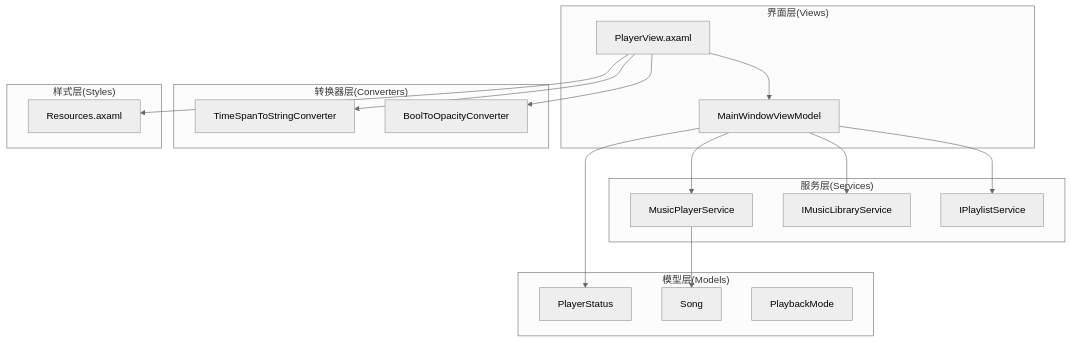
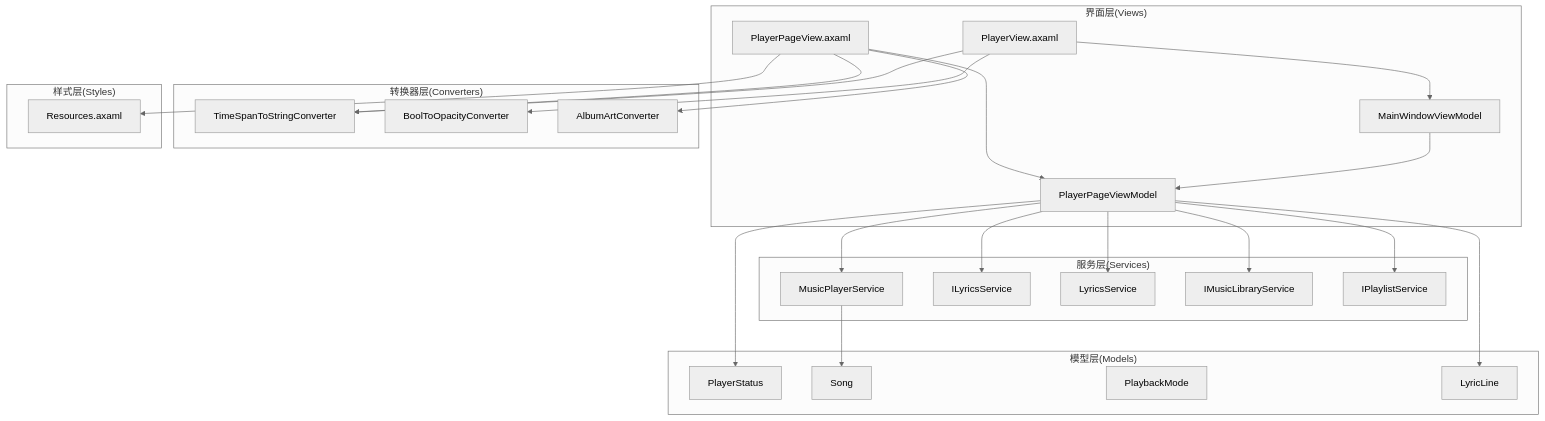
The first of 10 diagrams in .qoder/repowiki/zh/content/用户界面层/播放器界面.md (mariamjensen42-glitch/LocalMusicPlayer), drawn with Mermaid (neutral theme) before and after one commit. The commit also changed other lines of this file and 23 other files, not shown here.

````diff
--- a/.qoder/repowiki/zh/content/用户界面层/播放器界面.md
+++ b/.qoder/repowiki/zh/content/用户界面层/播放器界面.md
@@ -46,33 +65,46 @@
 ```mermaid
 graph TB
 subgraph "界面层(Views)"
 PV[PlayerView.axaml]
-MVVM[MainWindowViewModel]
+PPV[PlayerPageView.axaml]
+MWV[MainWindowViewModel]
+PPVM[PlayerPageViewModel]
 end
 subgraph "服务层(Services)"
 MPS[MusicPlayerService]
+ILS[ILyricsService]
+LS[LyricsService]
 IMLS[IMusicLibraryService]
 IPlaylistService[IPlaylistService]
 end
 subgraph "模型层(Models)"
 PS[PlayerStatus]
 S[Song]
 PM[PlaybackMode]
+LL[LyricLine]
 end
 subgraph "转换器层(Converters)"
 TSC[TimeSpanToStringConverter]
 BOC[BoolToOpacityConverter]
+AAC[AlbumArtConverter]
 end
 subgraph "样式层(Styles)"
 RA[Resources.axaml]
 end
-PV --> MVVM
-MVVM --> MPS
-MVVM --> IMLS
-MVVM --> IPlaylistService
+PV --> MWV
+PPV --> PPVM
+MWV --> PPVM
+PPVM --> MPS
+PPVM --> ILS
+PPVM --> LS
+PPVM --> IMLS
+PPVM --> IPlaylistService
+PPVM --> LL
 MPS --> S
-MVVM --> PS
+PPVM --> PS
+PPV --> TSC
+PPV --> AAC
 PV --> TSC
 PV --> BOC
-PV --> RA
+PPV --> RA
 ```
````
